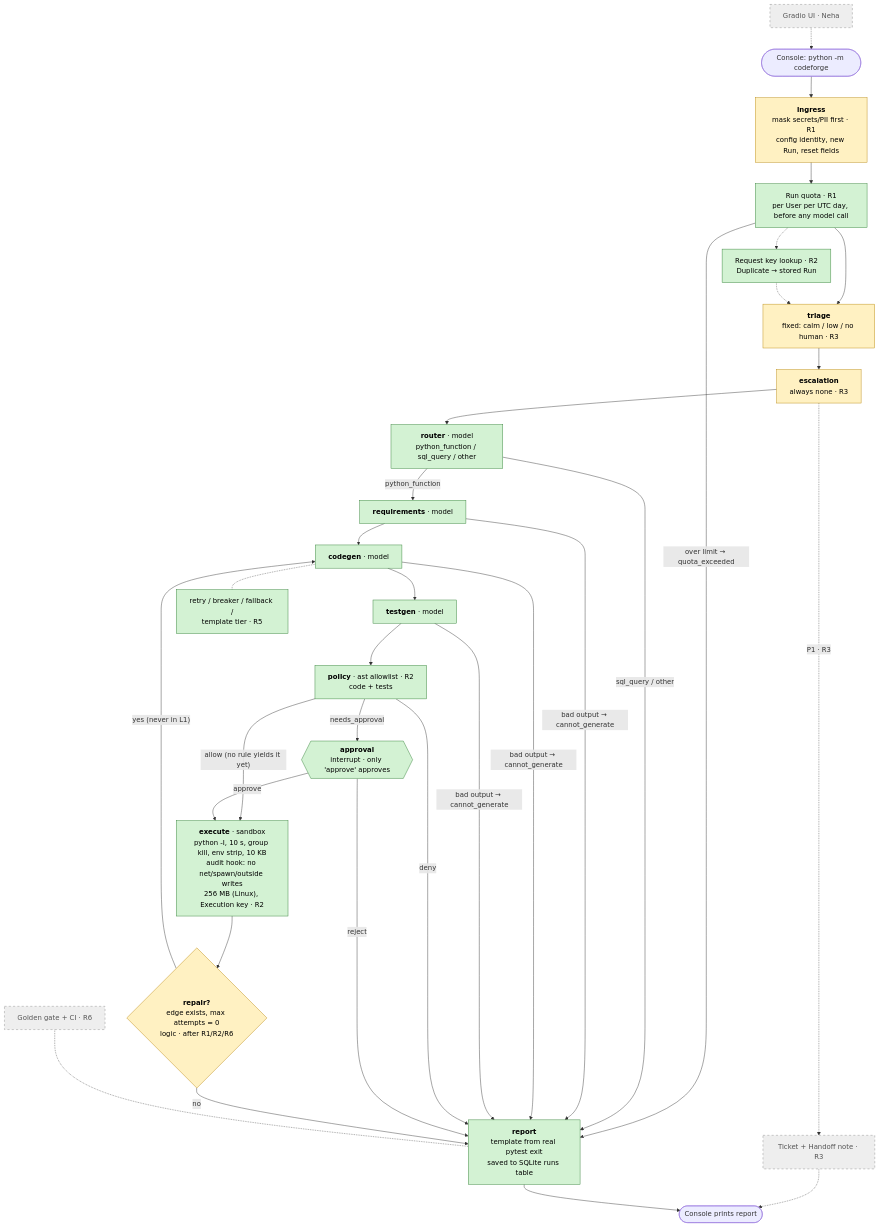
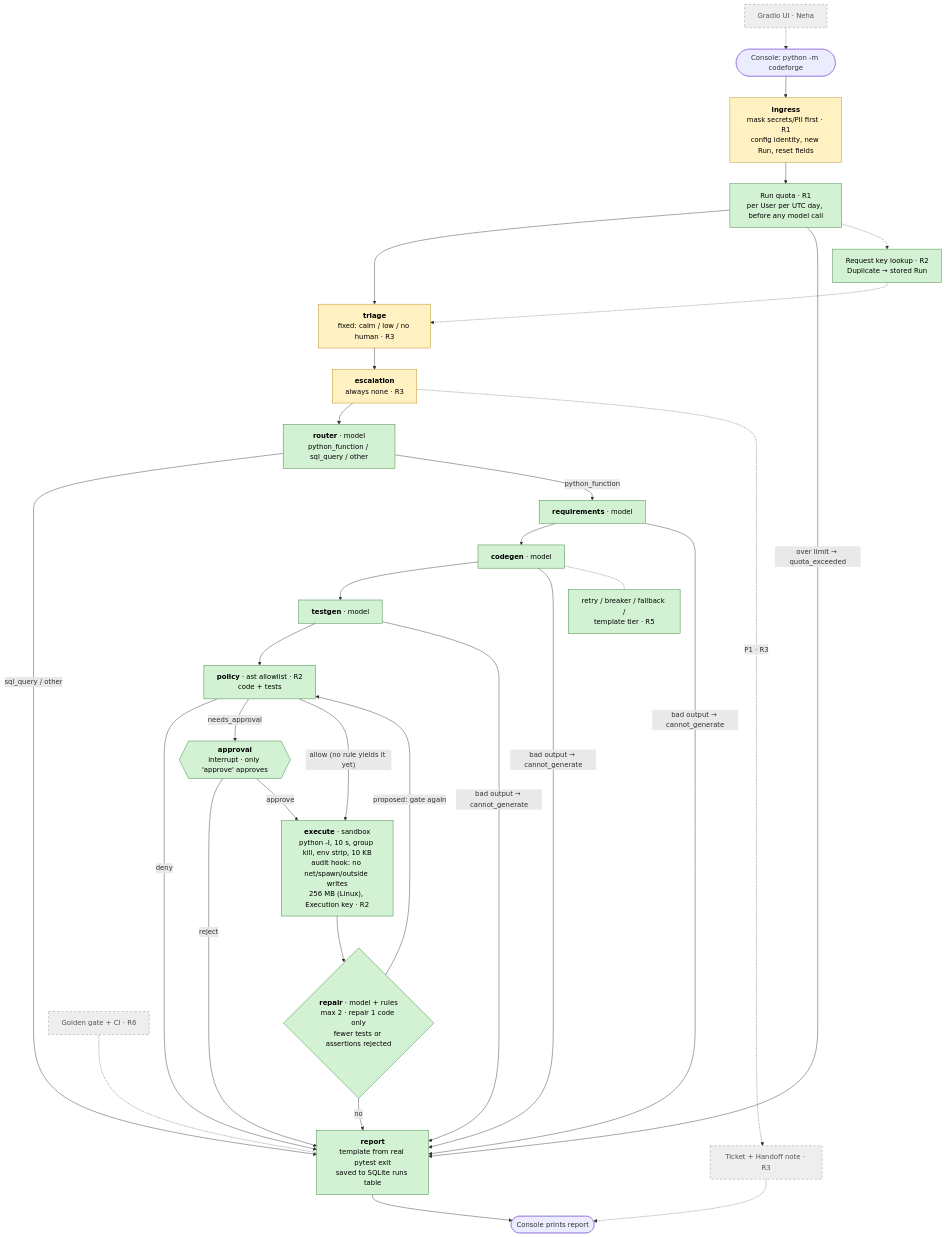
Before and after one commit to dipanshuCodes/codeforge: the diagram in plans/TRACKER.md, drawn with Mermaid. The commit also changed other lines of this file and 3 other files, not shown here.

First line of the commit message:
Repair loop: report tests, docs, tracker; fix ENV_KEYS (issue #7, tasks 4-5)

````diff
--- a/plans/TRACKER.md
+++ b/plans/TRACKER.md
@@ -22,47 +22,47 @@
 ```mermaid
 flowchart TD
     START([Console: python -m codeforge]) --> ingress
 
     ingress["<b>ingress</b><br/>mask secrets/PII first · R1<br/>config identity, new Run, reset fields"]:::built
     quota["Run quota · R1<br/>per User per UTC day, before any model call"]:::built
     reqkey["Request key lookup · R2<br/>Duplicate → stored Run"]:::built
     triage["<b>triage</b><br/>fixed: calm / low / no human · R3"]:::stub
     escalation["<b>escalation</b><br/>always none · R3"]:::stub
     ticket["Ticket + Handoff note · R3"]:::todo
     router["<b>router</b> · model<br/>python_function / sql_query / other"]:::built
     requirements["<b>requirements</b> · model"]:::built
     codegen["<b>codegen</b> · model"]:::built
     testgen["<b>testgen</b> · model"]:::built
     resilience["retry / breaker / fallback /<br/>template tier · R5"]:::built
     policy["<b>policy</b> · ast allowlist · R2<br/>code + tests"]:::built
     approval{{"<b>approval</b><br/>interrupt · only 'approve' approves"}}:::built
     execute["<b>execute</b> · sandbox<br/>python -I, 10 s, group kill, env strip, 10 KB<br/>audit hook: no net/spawn/outside writes<br/>256 MB (Linux), Execution key · R2"]:::built
-    repair{"<b>repair?</b><br/>edge exists, max attempts = 0<br/>logic · after R1/R2/R6"}:::stub
+    repair{"<b>repair</b> · model + rules<br/>max 2 · repair 1 code only<br/>fewer tests or assertions rejected"}:::built
     report["<b>report</b><br/>template from real pytest exit<br/>saved to SQLite runs table"]:::built
     DONE([Console prints report])
     ui["Gradio UI · Neha"]:::todo
     gate["Golden gate + CI · R6"]:::todo
 
     ingress --> quota --> triage --> escalation --> router
     quota -- "over limit → quota_exceeded" --> report
     quota -.-> reqkey -.-> triage
     escalation -. "P1 · R3" .-> ticket -.-> DONE
     router -- "sql_query / other" --> report
     router -- python_function --> requirements --> codegen --> testgen --> policy
     requirements & codegen & testgen -- "bad output → cannot_generate" --> report
     codegen -.- resilience
     policy -- deny --> report
     policy -- needs_approval --> approval
     policy -- "allow (no rule yields it yet)" --> execute
     approval -- reject --> report
     approval -- approve --> execute --> repair
-    repair -- "yes (never in L1)" --> codegen
+    repair -- "proposed: gate again" --> policy
     repair -- no --> report --> DONE
     ui -.-> START
     gate -.- report
 
     class ingress stub
     classDef built fill:#d3f2d3,stroke:#2e7d32,color:#000
     classDef stub fill:#fff1c2,stroke:#b8860b,color:#000
     classDef todo fill:#eeeeee,stroke:#888,stroke-dasharray:5 5,color:#555
 ```
````
